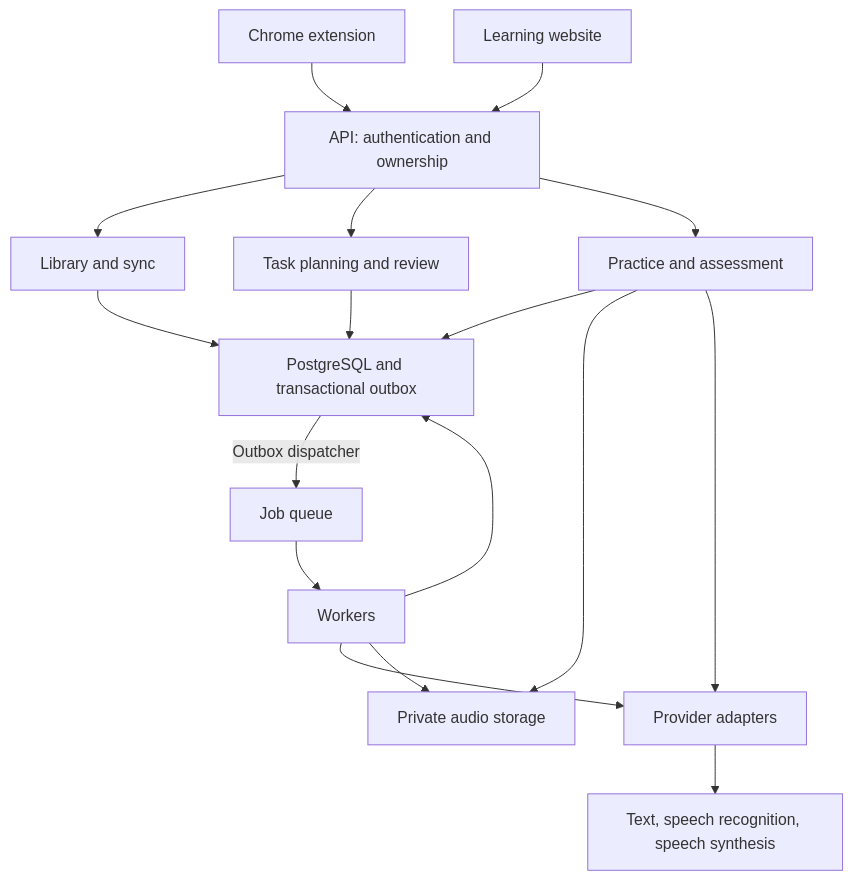
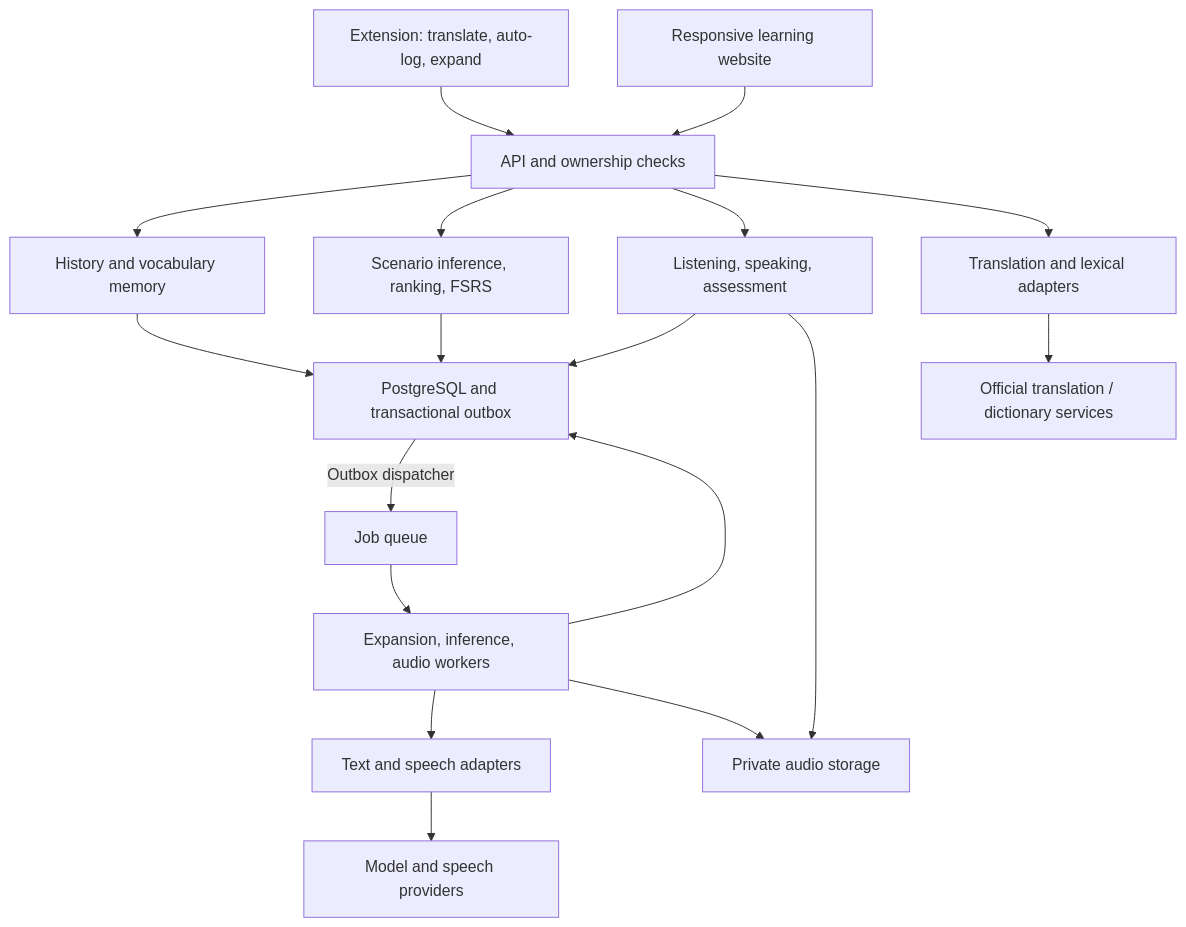
The diagram in docs/ARCHITECTURE.md (Elaine-tyl/contextspeak), drawn with Mermaid before and after one commit. The commit also changed other lines of this file and 6 other files, not shown here.

````diff
--- a/docs/ARCHITECTURE.md
+++ b/docs/ARCHITECTURE.md
@@ -11,19 +20,20 @@
 ```mermaid
 flowchart TB
-    extension["Chrome extension"] --> api["API: authentication and ownership"]
-    web["Learning website"] --> api
-    api --> library["Library and sync"]
-    api --> planner["Task planning and review"]
-    api --> practice["Practice and assessment"]
+    extension["Extension: translate, auto-log, expand"] --> api["API and ownership checks"]
+    web["Responsive learning website"] --> api
+    api --> library["History and vocabulary memory"]
+    api --> planning["Scenario inference, ranking, FSRS"]
+    api --> practice["Listening, speaking, assessment"]
+    api --> adapters["Translation and lexical adapters"]
+    adapters --> translation["Official translation / dictionary services"]
     library --> db["PostgreSQL and transactional outbox"]
-    planner --> db
+    planning --> db
     practice --> db
     practice --> audio["Private audio storage"]
-    practice --> ai["Provider adapters"]
     db -->|"Outbox dispatcher"| queue["Job queue"]
-    queue --> workers["Workers"]
-    workers --> ai
+    queue --> workers["Expansion, inference, audio workers"]
     workers --> db
+    workers --> ai["Text and speech adapters"]
     workers --> audio
-    ai --> providers["Text, speech recognition, speech synthesis"]
+    ai --> providers["Model and speech providers"]
 ```
````
